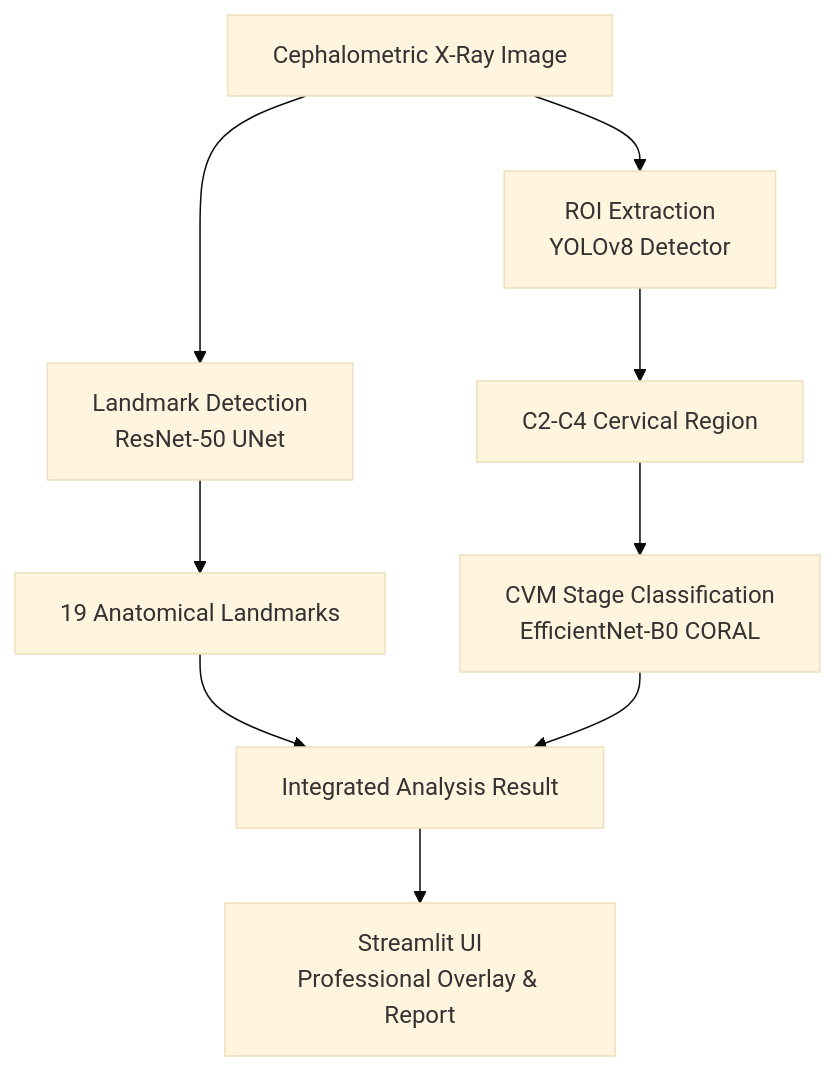
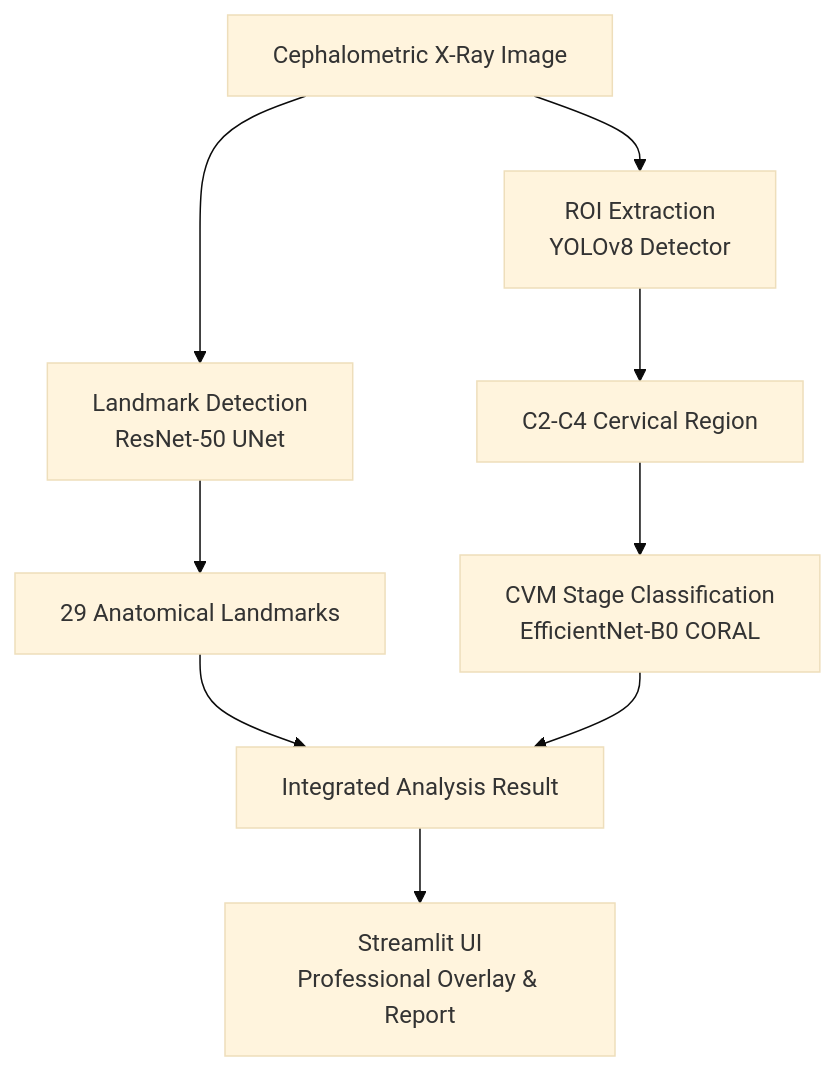
One commit to HyunchanAn/Dental_001 changed the first of 2 diagrams in README.md. Above: the diagram before and after it, drawn with Mermaid (base theme). The commit also changed other lines of this file and 6 other files, not shown here.

````diff
--- a/README.md
+++ b/README.md
@@ -54,11 +58,11 @@
 ```mermaid
 graph TD
     A["Cephalometric X-Ray Image"] --> B["Landmark Detection<br/>ResNet-50 UNet"]
-    B --> C["19 Anatomical Landmarks"]
+    B --> C["29 Anatomical Landmarks"]
     A --> D["ROI Extraction<br/>YOLOv8 Detector"]
     D --> E["C2-C4 Cervical Region"]
     E --> F["CVM Stage Classification<br/>EfficientNet-B0 CORAL"]
     C --> G["Integrated Analysis Result"]
     F --> G
     G --> H["Streamlit UI<br/>Professional Overlay & Report"]
 ```
````
